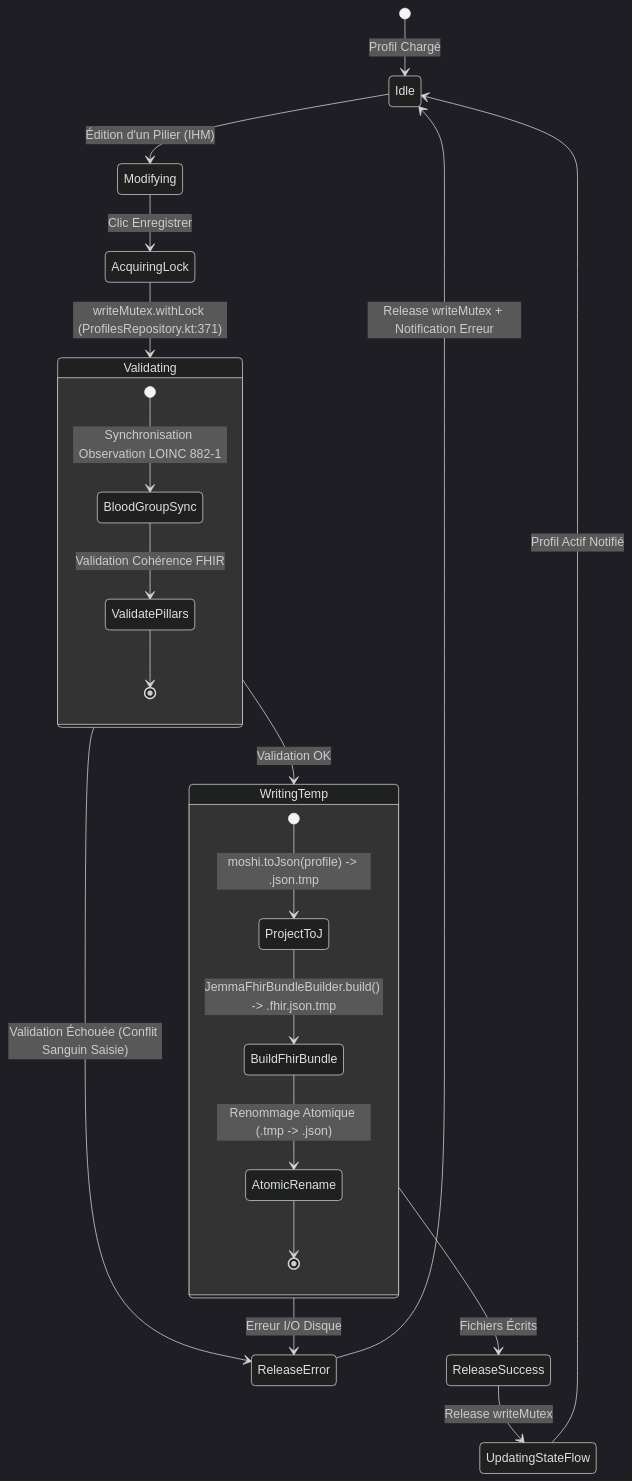
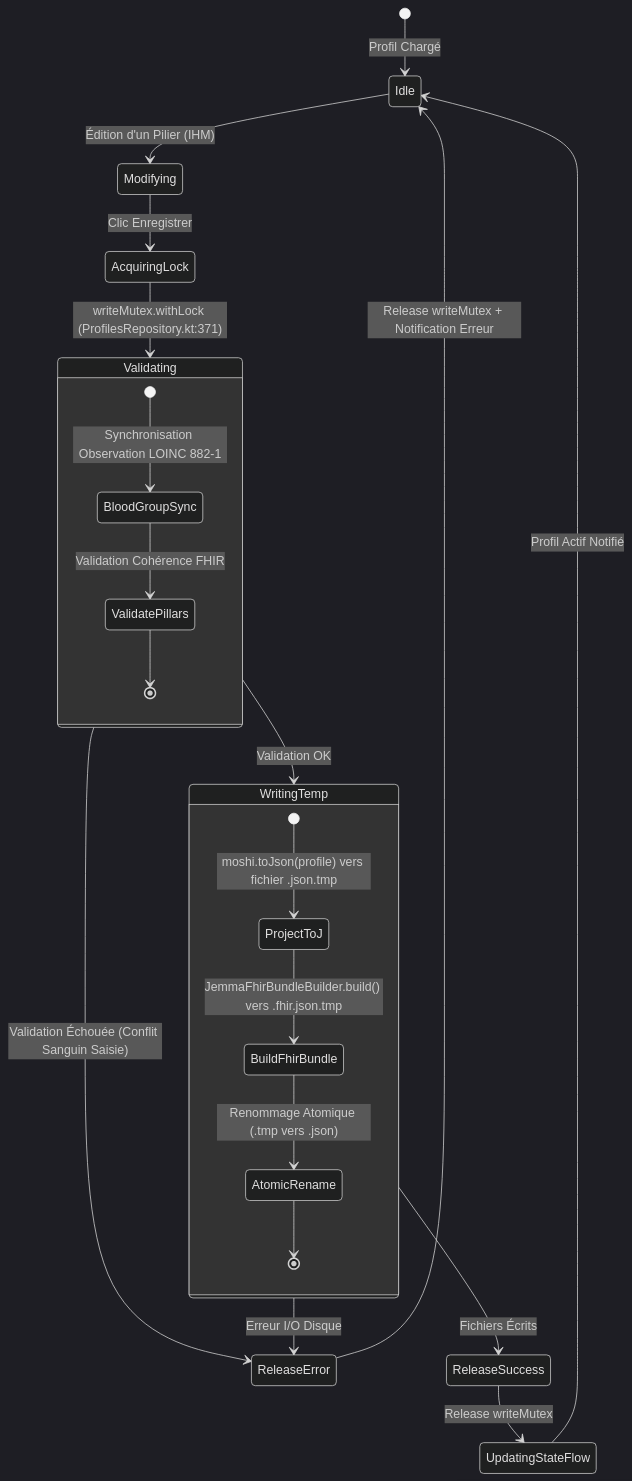
Before and after one commit to kurodohenroonsen/JemmaPass: the ninth of 21 diagrams in docs/DOCUMENTATION_UML_FONCTIONNELLE.md, drawn with Mermaid (dark theme). The commit also changed other lines of this file and 1 other file, not shown here.

````diff
--- a/docs/DOCUMENTATION_UML_FONCTIONNELLE.md
+++ b/docs/DOCUMENTATION_UML_FONCTIONNELLE.md
@@ -502,31 +509,31 @@
 ```mermaid
 stateDiagram-v2
     [*] --> Idle : Profil Chargé
 
     Idle --> Modifying : Édition d'un Pilier (IHM)
     Modifying --> AcquiringLock : Clic Enregistrer
     AcquiringLock --> Validating : writeMutex.withLock (ProfilesRepository.kt:371)
     
     state Validating {
         [*] --> BloodGroupSync : Synchronisation Observation LOINC 882-1
         BloodGroupSync --> ValidatePillars : Validation Cohérence FHIR
         ValidatePillars --> [*]
     }
 
     Validating --> WritingTemp : Validation OK
     Validating --> ReleaseError : Validation Échouée (Conflit Sanguin Saisie)
 
     state WritingTemp {
-        [*] --> ProjectToJ : moshi.toJson(profile) -> .json.tmp
-        ProjectToJ --> BuildFhirBundle : JemmaFhirBundleBuilder.build() -> .fhir.json.tmp
-        BuildFhirBundle --> AtomicRename : Renommage Atomique (.tmp -> .json)
+        [*] --> ProjectToJ : moshi.toJson(profile) vers fichier .json.tmp
+        ProjectToJ --> BuildFhirBundle : JemmaFhirBundleBuilder.build() vers .fhir.json.tmp
+        BuildFhirBundle --> AtomicRename : Renommage Atomique (.tmp vers .json)
         AtomicRename --> [*]
     }
 
     WritingTemp --> ReleaseSuccess : Fichiers Écrits
     WritingTemp --> ReleaseError : Erreur I/O Disque
 
     ReleaseSuccess --> UpdatingStateFlow : Release writeMutex
     ReleaseError --> Idle : Release writeMutex + Notification Erreur
     UpdatingStateFlow --> Idle : Profil Actif Notifié
 ```
````
